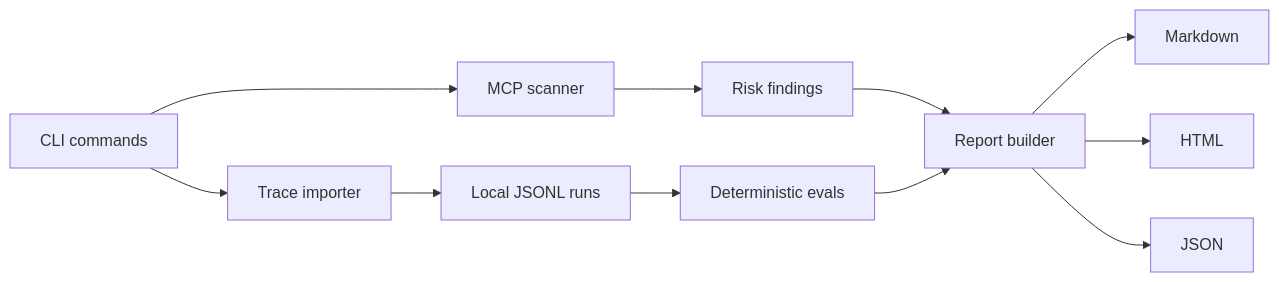
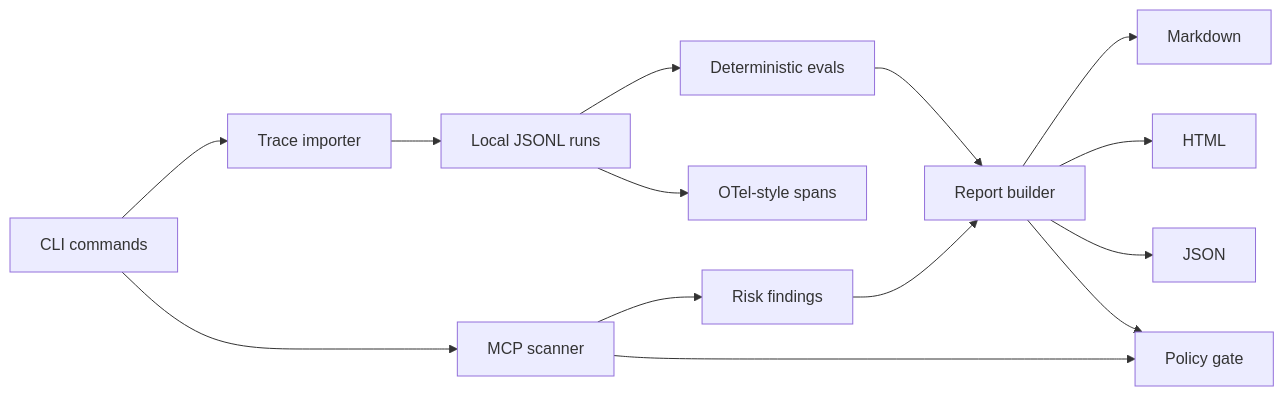
One commit to Gowrav-M/agentops-watchtower changed the diagram in docs/architecture.md. Above: the diagram before and after it, drawn with Mermaid. The commit also changed other lines of this file and 21 other files, not shown here.

Commit message:
feat: add policy gates and otel export

````diff
--- a/docs/architecture.md
+++ b/docs/architecture.md
@@ -5,13 +5,16 @@
 ```mermaid
 flowchart LR
   CLI["CLI commands"] --> Importer["Trace importer"]
   CLI --> Scanner["MCP scanner"]
   Importer --> Runs["Local JSONL runs"]
   Scanner --> Findings["Risk findings"]
   Runs --> Evals["Deterministic evals"]
   Findings --> Report["Report builder"]
   Evals --> Report
   Report --> Markdown["Markdown"]
   Report --> HTML["HTML"]
   Report --> JSON["JSON"]
+  Runs --> OTel["OTel-style spans"]
+  Scanner --> Policy["Policy gate"]
+  Report --> Policy
 ```
````
